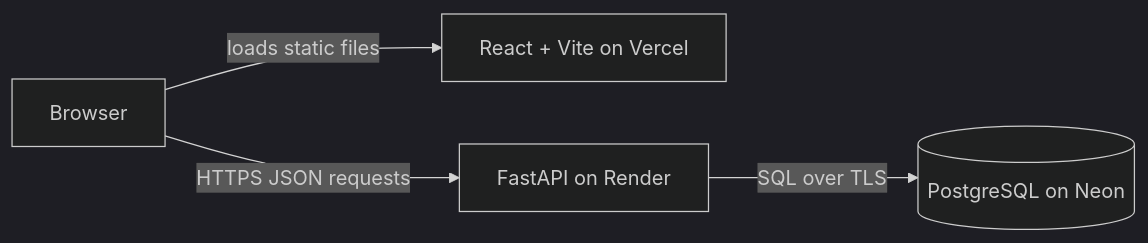
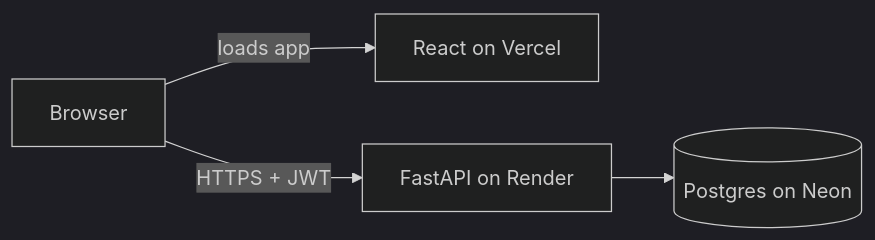
Before and after one commit to mishkatmustafid/gather: the diagram in README.md, drawn with Mermaid (dark theme). The commit also changed other lines of this file and 1 other file, not shown here.

Commit message:
docs: add README with setup, architecture and decisions

````diff
--- a/README.md
+++ b/README.md
@@ -22,6 +17,6 @@
 ```mermaid
 flowchart LR
-  Browser -->|loads static files| Web[React + Vite on Vercel]
-  Browser -->|HTTPS JSON requests| API[FastAPI on Render]
-  API -->|SQL over TLS| DB[(PostgreSQL on Neon)]
+  Browser -->|loads app| Web[React on Vercel]
+  Browser -->|HTTPS + JWT| API[FastAPI on Render]
+  API --> DB[(Postgres on Neon)]
 ```
````
